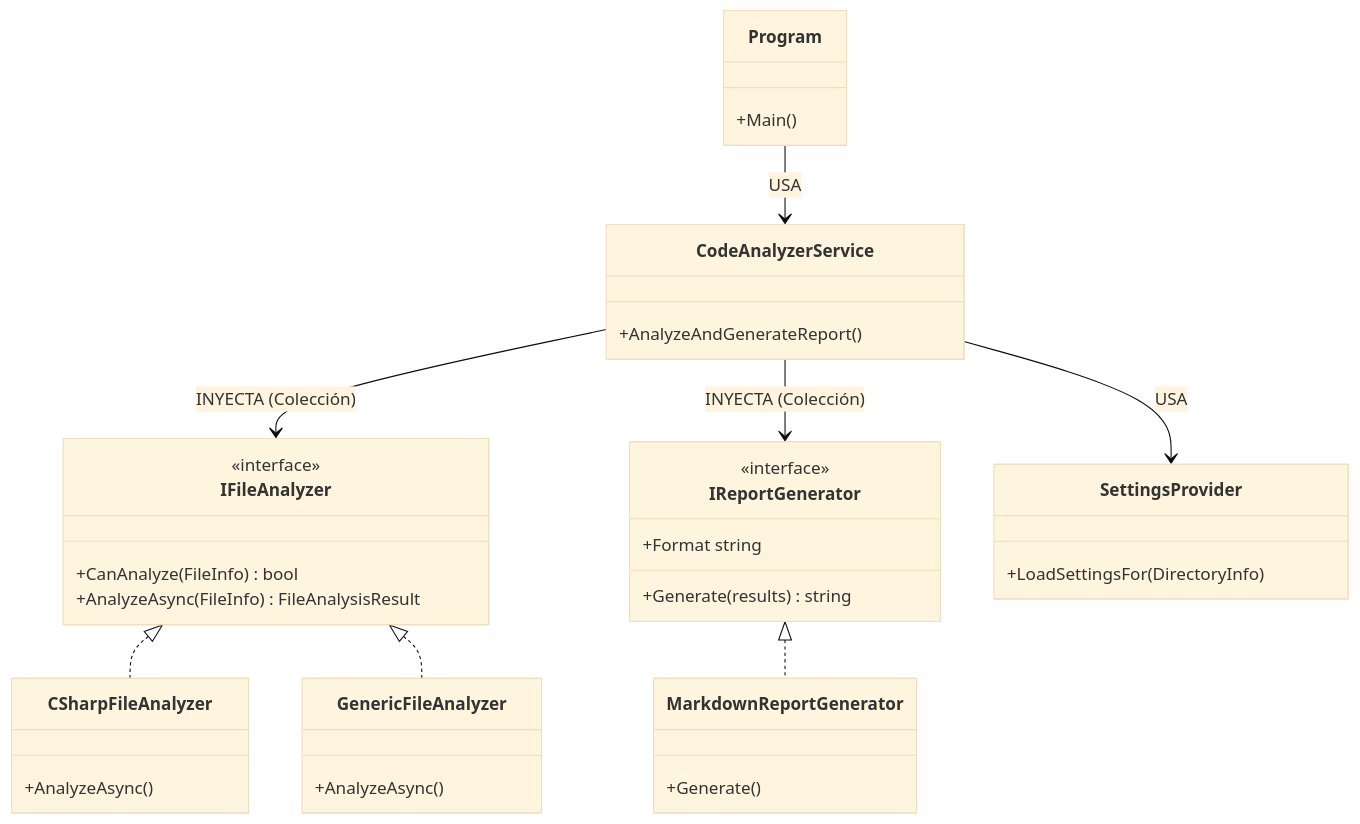
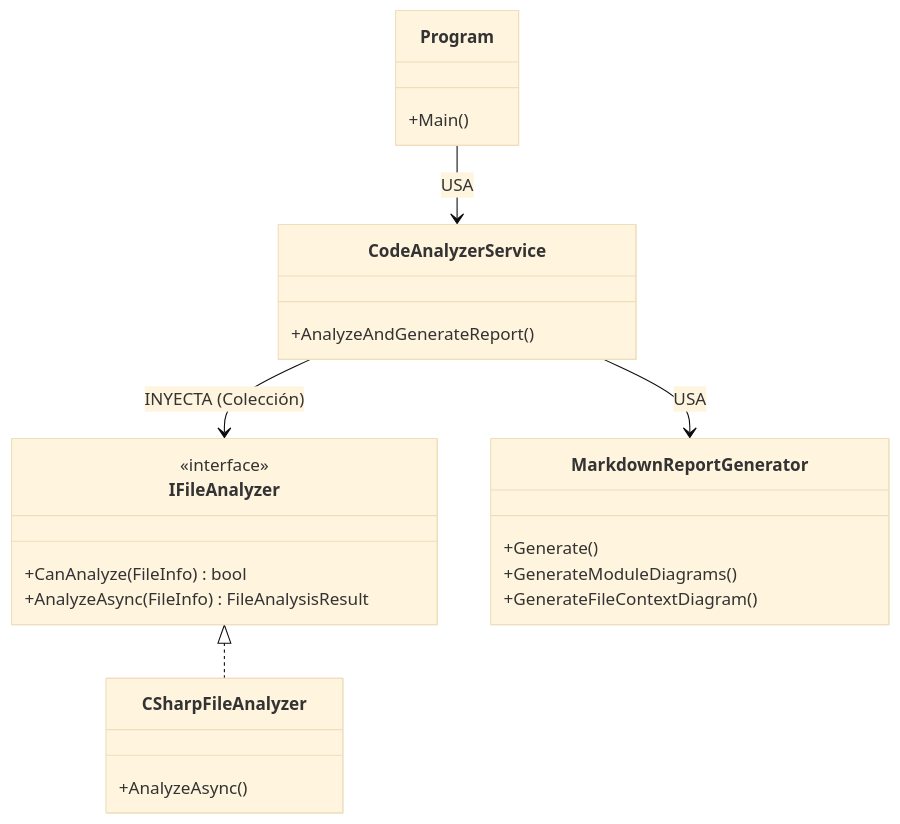
Before and after one commit to jmanuelsoberano/ContextWeaver: the diagram in REVISION_TECNICA.md, drawn with Mermaid (base theme). The commit also changed other lines of this file, not shown here.

Commit message:
feat: Generate comprehensive code verification reports including analysis, dependency graphs, and directory structure.

````diff
--- a/REVISION_TECNICA.md
+++ b/REVISION_TECNICA.md
@@ -91,39 +57,27 @@
 ```mermaid
 classDiagram
     class Program {
         +Main()
     }
     class CodeAnalyzerService {
         +AnalyzeAndGenerateReport()
     }
     class IFileAnalyzer {
         <<interface>>
         +CanAnalyze(FileInfo) bool
         +AnalyzeAsync(FileInfo) FileAnalysisResult
     }
     class CSharpFileAnalyzer {
         +AnalyzeAsync()
     }
-    class GenericFileAnalyzer {
-        +AnalyzeAsync()
-    }
-    class IReportGenerator {
-        <<interface>>
-        +Format string
-        +Generate(results) string
-    }
     class MarkdownReportGenerator {
         +Generate()
-    }
-    class SettingsProvider {
-        +LoadSettingsFor(DirectoryInfo)
+        +GenerateModuleDiagrams()
+        +GenerateFileContextDiagram()
     }
 
     Program --> CodeAnalyzerService : USA
     CodeAnalyzerService --> IFileAnalyzer : INYECTA (Colección)
-    CodeAnalyzerService --> IReportGenerator : INYECTA (Colección)
-    CodeAnalyzerService --> SettingsProvider : USA
+    CodeAnalyzerService --> MarkdownReportGenerator : USA
     IFileAnalyzer <|.. CSharpFileAnalyzer
-    IFileAnalyzer <|.. GenericFileAnalyzer
-    IReportGenerator <|.. MarkdownReportGenerator
 ```
````
